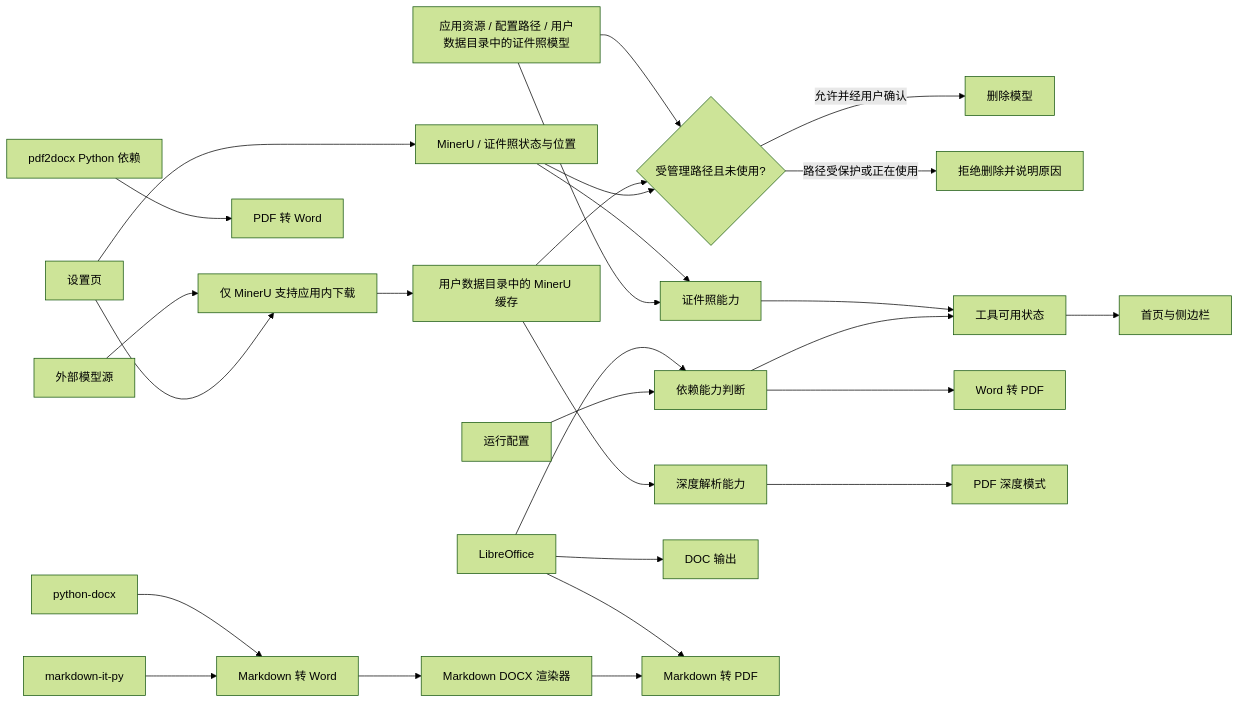
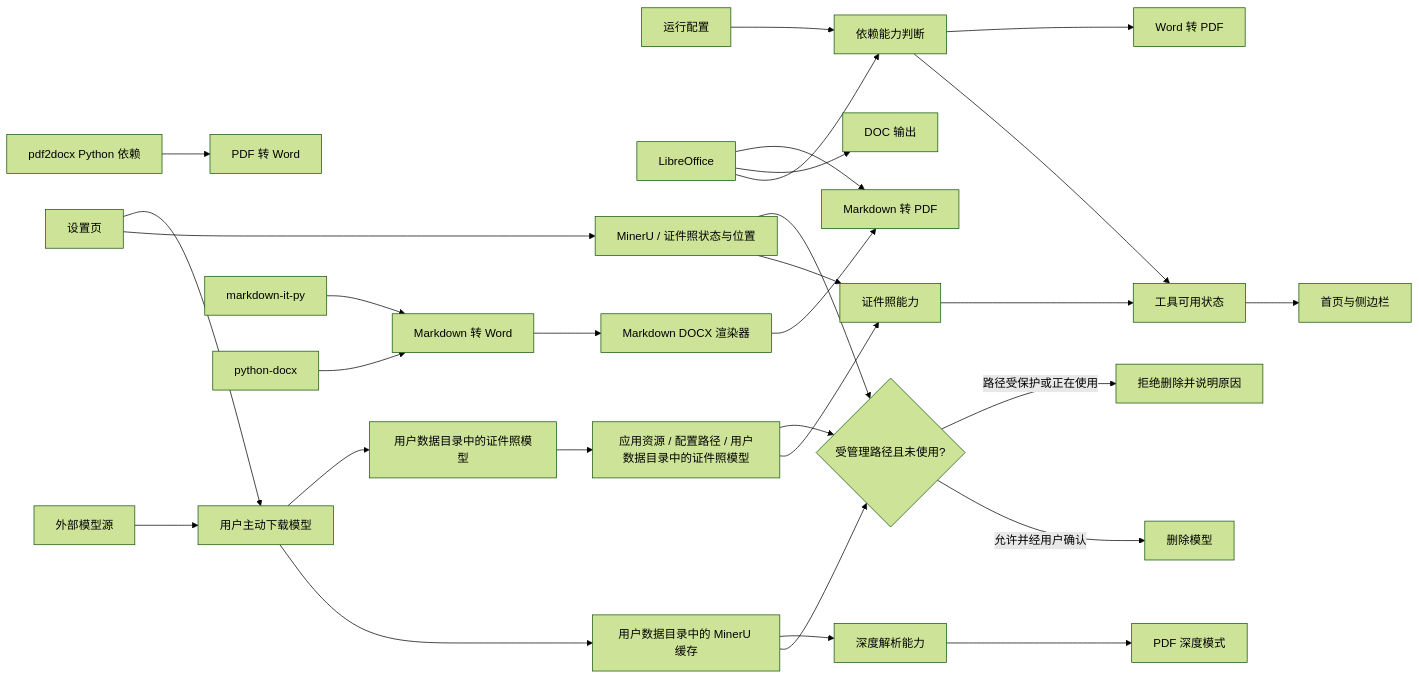
Before and after one commit to ddll8023/tools: the fifth of 10 diagrams in doc/模块说明文档.md, drawn with Mermaid (forest theme). The commit also changed other lines of this file and 11 other files, not shown here.

````diff
--- a/doc/模块说明文档.md
+++ b/doc/模块说明文档.md
@@ -463,29 +463,31 @@
 ```mermaid
 flowchart LR
     Config[运行配置] --> DependencyCheck[依赖能力判断]
     LibreOffice[LibreOffice] --> DependencyCheck
     Settings[设置页] --> ModelStatus[MinerU / 证件照状态与位置]
-    Settings --> ModelDownload[仅 MinerU 支持应用内下载]
+    Settings --> ModelDownload[用户主动下载模型]
     ModelSource[外部模型源] --> ModelDownload
     ModelDownload --> MineruCache[用户数据目录中的 MinerU 缓存]
-    PhotoResources[应用资源 / 配置路径 / 用户数据目录中的证件照模型] --> PhotoCapability[证件照能力]
+    ModelDownload --> PhotoCache[用户数据目录中的证件照模型]
+    PhotoCache --> PhotoResources[应用资源 / 配置路径 / 用户数据目录中的证件照模型]
+    PhotoResources --> PhotoCapability[证件照能力]
     ModelStatus --> PhotoCapability
     ModelStatus --> DeleteGate{受管理路径且未使用?}
     MineruCache --> DeleteGate
     PhotoResources --> DeleteGate
     DeleteGate -->|允许并经用户确认| DeleteModel[删除模型]
     DeleteGate -->|路径受保护或正在使用| KeepModel[拒绝删除并说明原因]
     MineruCache --> DeepCapability[深度解析能力]
     DependencyCheck --> Catalog[工具可用状态]
     PhotoCapability --> Catalog
     Catalog --> Navigation[首页与侧边栏]
     DependencyCheck --> Word[Word 转 PDF]
     Pdf2Docx[pdf2docx Python 依赖] --> PDFWord[PDF 转 Word]
     MarkdownParser[markdown-it-py] --> MarkdownWord[Markdown 转 Word]
     PythonDocx[python-docx] --> MarkdownWord
     MarkdownWord --> MarkdownDocx[DOCX 输出]
     LibreOffice --> MarkdownDoc[DOC 输出]
     MarkdownDocx[Markdown DOCX 渲染器] --> MarkdownPdf[Markdown 转 PDF]
     LibreOffice --> MarkdownPdf
     DeepCapability --> PDF[PDF 深度模式]
 ```
````
